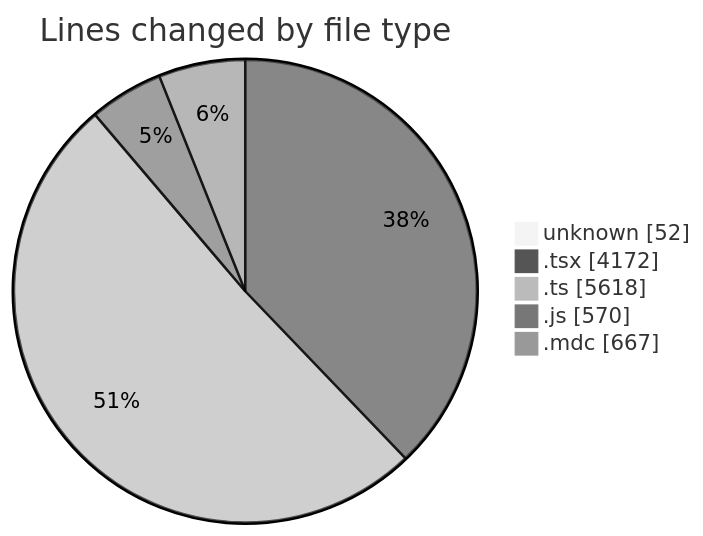
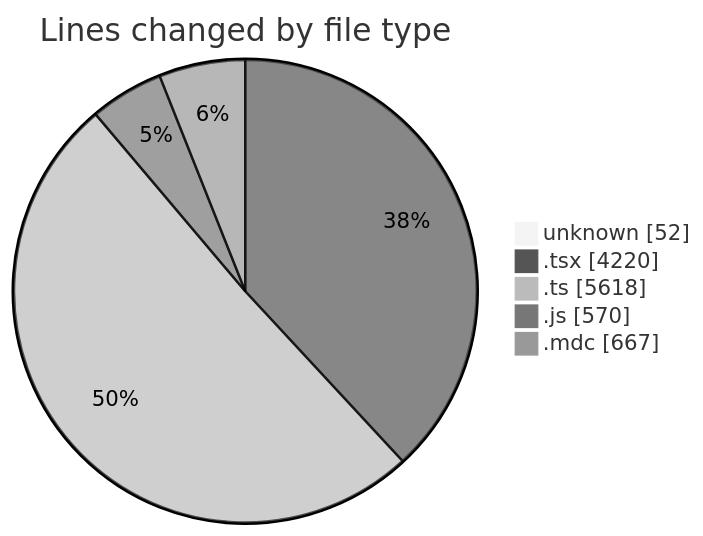
Before and after one commit to CELIANVF/code-tracking: the first of 2 diagrams in 2025-06-02/ecodeli-1/README.md, drawn with Mermaid (neutral theme). The commit also changed other lines of this file and 1 other file, not shown here.

````diff
--- a/2025-06-02/ecodeli-1/README.md
+++ b/2025-06-02/ecodeli-1/README.md
@@ -66,9 +67,9 @@
 ```mermaid
 pie showData
 title Lines changed by file type
 "unknown" : 52
-".tsx" : 4172
+".tsx" : 4220
 ".ts" : 5618
 ".js" : 570
 ".mdc" : 667
 ```
````
